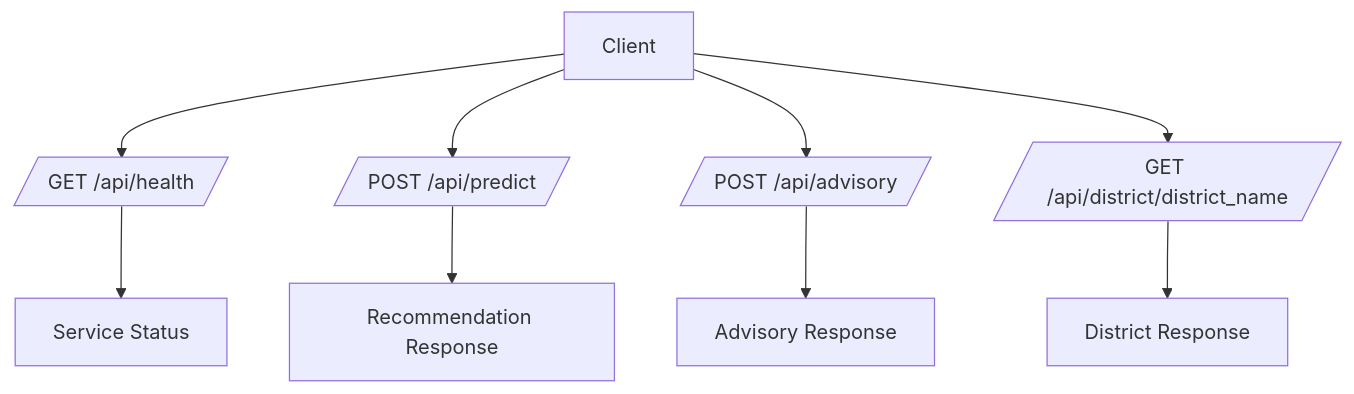
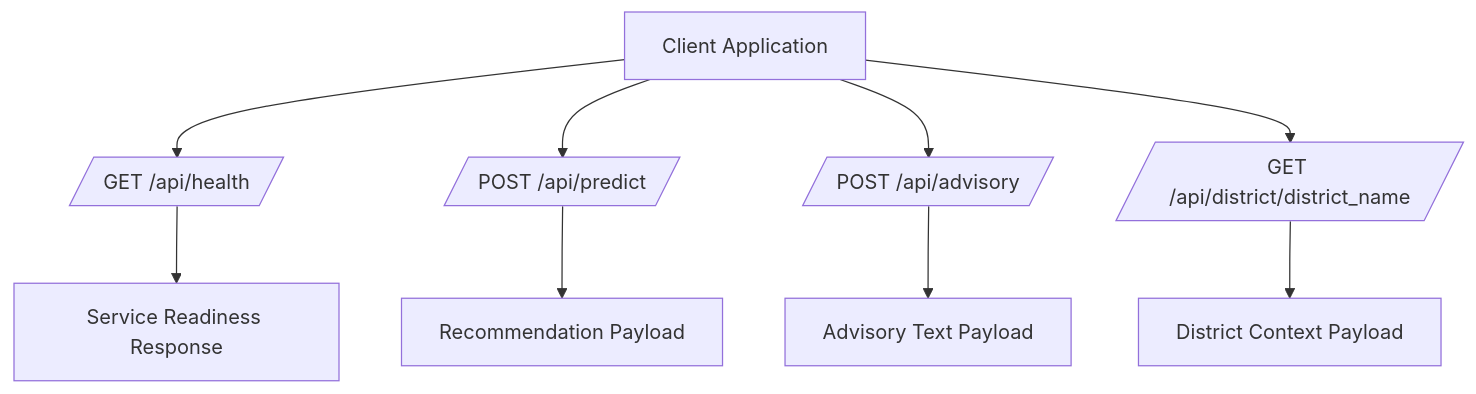
One commit to SAMxENGINEER/ALL_DOCUMENTATIONS- changed the first of 2 diagrams in docs/Projects/FasalMitra/04-service-contracts.md. Above: the diagram before and after it, drawn with Mermaid. The commit also changed other lines of this file and 4 other files, not shown here.

Commit message:
refactor: enhance FasalMitra documentation with detailed user journeys, service contracts, and architectural insights

````diff
--- a/docs/Projects/FasalMitra/04-service-contracts.md
+++ b/docs/Projects/FasalMitra/04-service-contracts.md
@@ -16,12 +16,12 @@
 ```mermaid
 graph TD
-    C[Client] --> H[/GET /api/health/]
-    C --> P[/POST /api/predict/]
-    C --> A[/POST /api/advisory/]
-    C --> D[/GET /api/district/district_name/]
+    Client[Client Application] --> Health[/GET /api/health/]
+    Client --> Predict[/POST /api/predict/]
+    Client --> Advisory[/POST /api/advisory/]
+    Client --> District[/GET /api/district/district_name/]
 
-    P --> PR[Recommendation Response]
-    A --> AR[Advisory Response]
-    D --> DR[District Response]
-    H --> HR[Service Status]
+    Health --> HealthResp[Service Readiness Response]
+    Predict --> PredictResp[Recommendation Payload]
+    Advisory --> AdvisoryResp[Advisory Text Payload]
+    District --> DistrictResp[District Context Payload]
 ```
````
